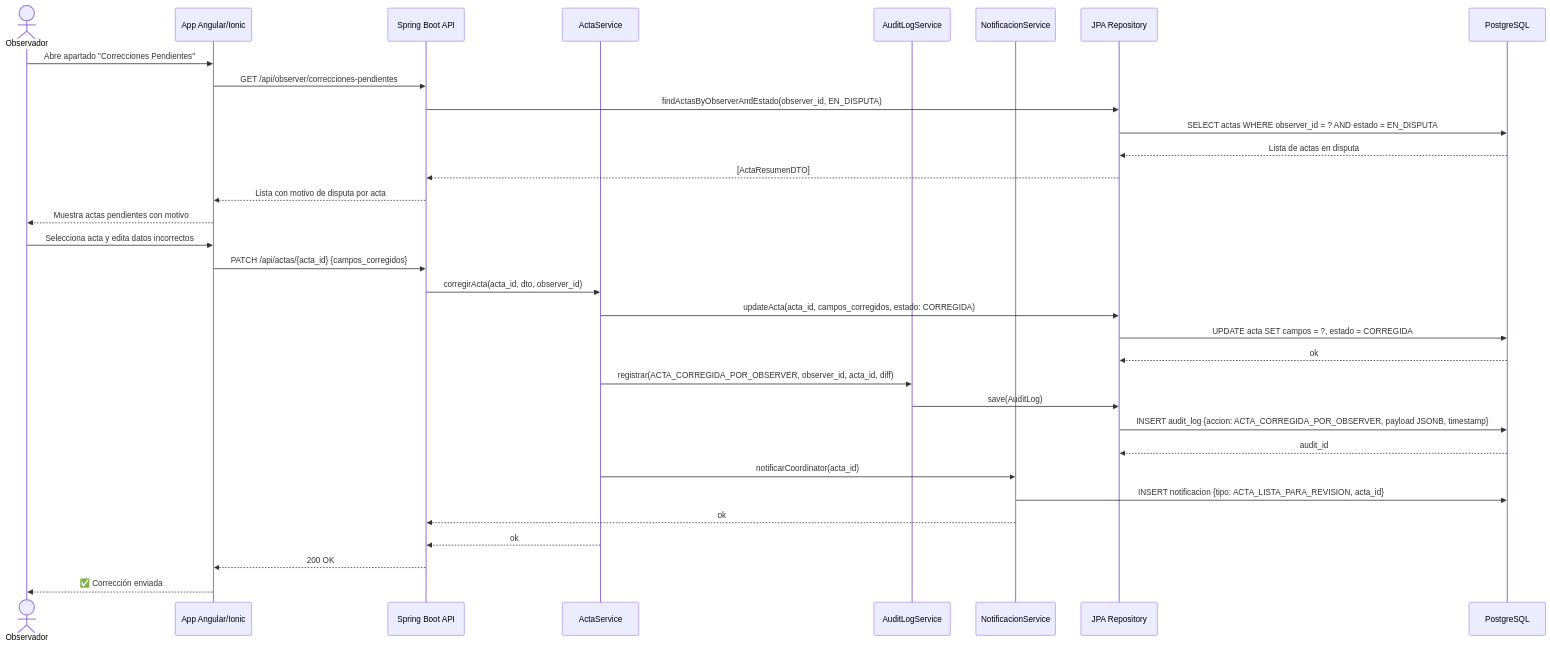
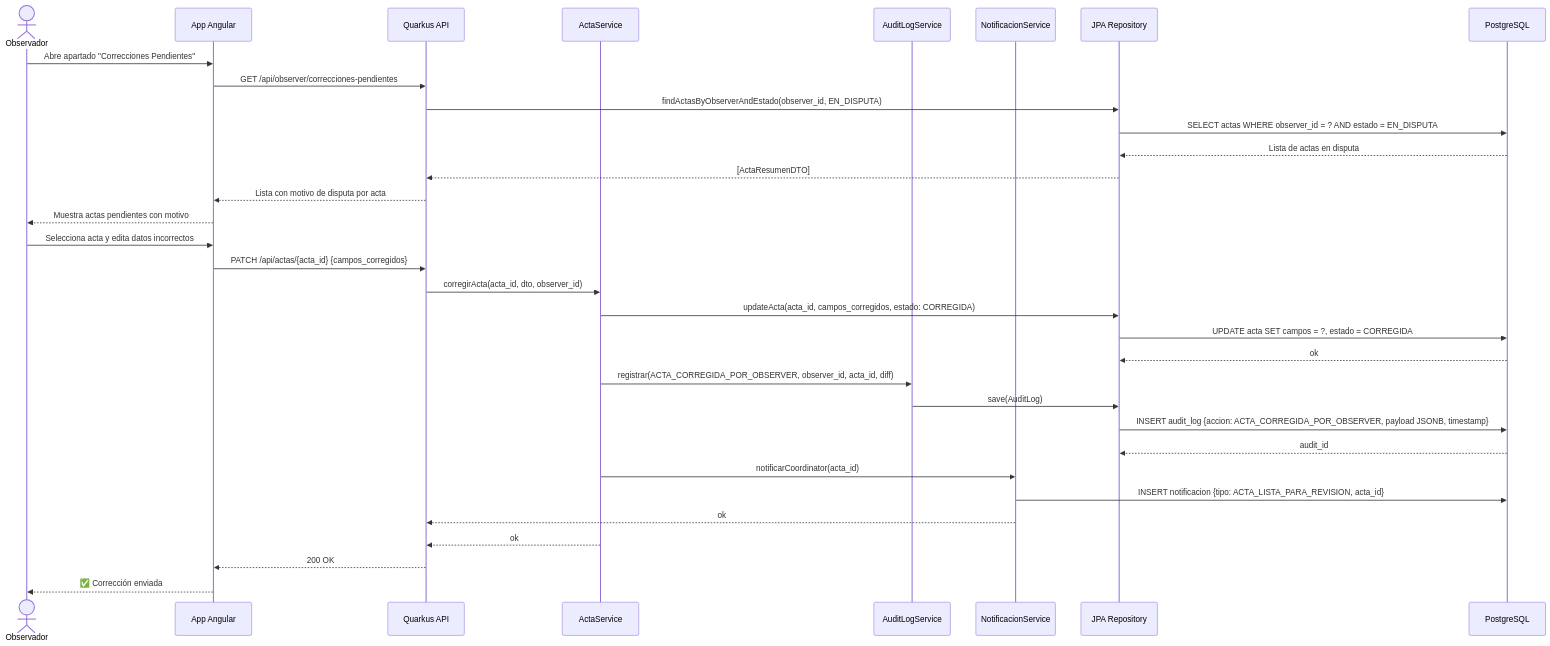
One commit to Brydyan/Control-s-Elector changed the second of 4 diagrams in documents/diagram/secuencias/11-disputa-acta.md. Above: the diagram before and after it, drawn with Mermaid. The commit also changed other lines of this file and 46 other files, not shown here.

````diff
--- a/documents/diagram/secuencias/11-disputa-acta.md
+++ b/documents/diagram/secuencias/11-disputa-acta.md
@@ -57,40 +57,40 @@
 ```mermaid
 sequenceDiagram
     actor OBS as Observador
-    participant APP as App Angular/Ionic
-    participant API as Spring Boot API
+    participant APP as App Angular
+    participant API as Quarkus API
     participant SVC as ActaService
     participant AUDIT as AuditLogService
     participant NOTIF as NotificacionService
     participant JPA as JPA Repository
     participant PG as PostgreSQL
 
     OBS->>APP: Abre apartado "Correcciones Pendientes"
     APP->>API: GET /api/observer/correcciones-pendientes
     API->>JPA: findActasByObserverAndEstado(observer_id, EN_DISPUTA)
     JPA->>PG: SELECT actas WHERE observer_id = ? AND estado = EN_DISPUTA
     PG-->>JPA: Lista de actas en disputa
     JPA-->>API: [ActaResumenDTO]
     API-->>APP: Lista con motivo de disputa por acta
     APP-->>OBS: Muestra actas pendientes con motivo
 
     OBS->>APP: Selecciona acta y edita datos incorrectos
     APP->>API: PATCH /api/actas/{acta_id} {campos_corregidos}
     API->>SVC: corregirActa(acta_id, dto, observer_id)
     SVC->>JPA: updateActa(acta_id, campos_corregidos, estado: CORREGIDA)
     JPA->>PG: UPDATE acta SET campos = ?, estado = CORREGIDA
     PG-->>JPA: ok
 
     SVC->>AUDIT: registrar(ACTA_CORREGIDA_POR_OBSERVER, observer_id, acta_id, diff)
     AUDIT->>JPA: save(AuditLog)
     JPA->>PG: INSERT audit_log {accion: ACTA_CORREGIDA_POR_OBSERVER, payload JSONB, timestamp}
     PG-->>JPA: audit_id
 
     SVC->>NOTIF: notificarCoordinator(acta_id)
     NOTIF->>PG: INSERT notificacion {tipo: ACTA_LISTA_PARA_REVISION, acta_id}
     NOTIF-->>API: ok
 
     SVC-->>API: ok
     API-->>APP: 200 OK
     APP-->>OBS: ✅ Corrección enviada
 ```
````
